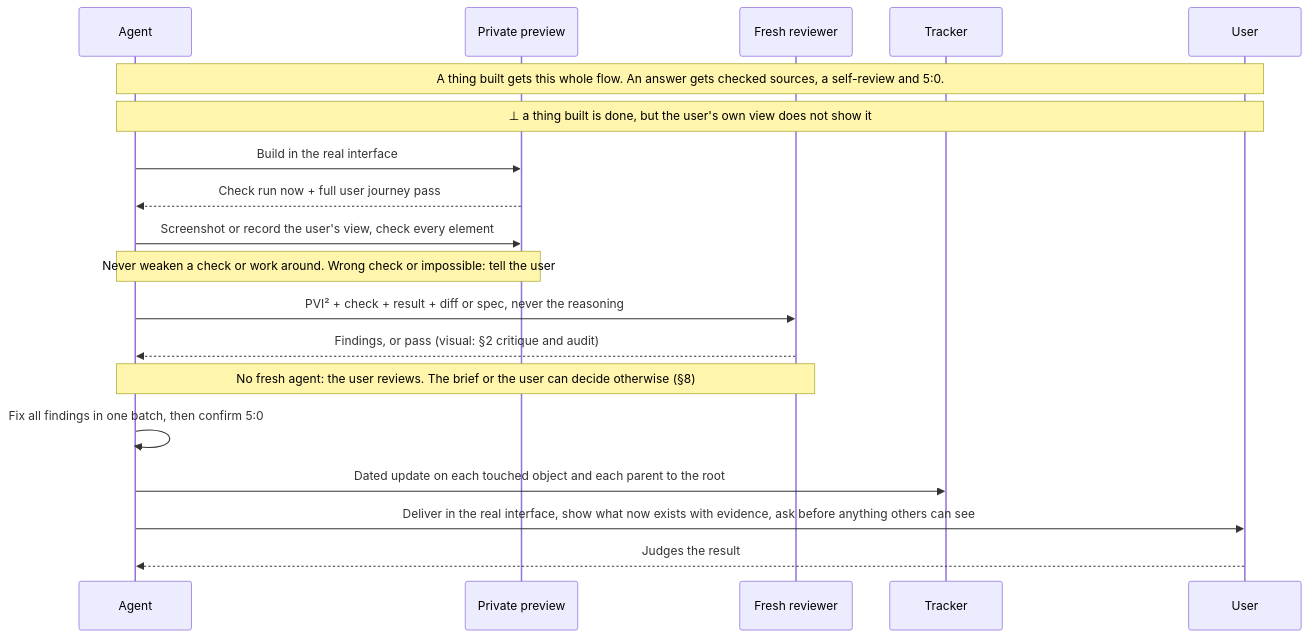
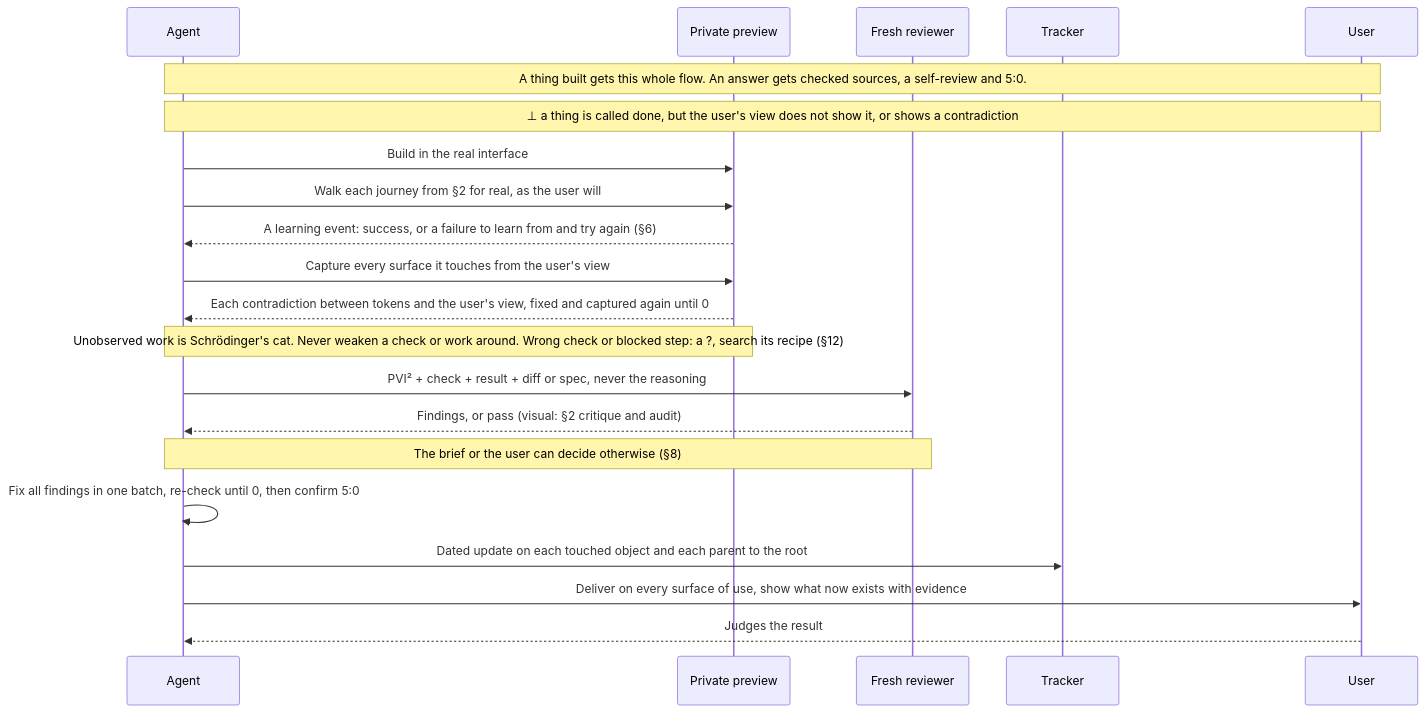
One commit to SolenixAI/arbiter changed diagram 11 of 14 in AGENTS.md. Above: the diagram before and after it, drawn with Mermaid. The commit also changed other lines of this file and 2 other files, not shown here.

First line of the commit message:
feat(agents): agents never stop at 99%: one correct way, real journeys, observed in the user's view (#49)

````diff
--- a/AGENTS.md
+++ b/AGENTS.md
@@ -507,21 +526,23 @@
 ```mermaid
 sequenceDiagram
   participant A as Agent
   participant P as Private preview
   participant R as Fresh reviewer
   participant T as Tracker
   participant U as User
   Note over A,U: A thing built gets this whole flow. An answer gets checked sources, a self-review and 5:0.
-  Note over A,U: ⊥ a thing built is done, but the user's own view does not show it
+  Note over A,U: ⊥ a thing is called done, but the user's view does not show it, or shows a contradiction
   A->>P: Build in the real interface
-  P-->>A: Check run now + full user journey pass
-  A->>P: Screenshot or record the user's view, check every element
-  Note over A,P: Never weaken a check or work around. Wrong check or impossible: tell the user
+  A->>P: Walk each journey from §2 for real, as the user will
+  P-->>A: A learning event: success, or a failure to learn from and try again (§6)
+  A->>P: Capture every surface it touches from the user's view
+  P-->>A: Each contradiction between tokens and the user's view, fixed and captured again until 0
+  Note over A,P: Unobserved work is Schrödinger's cat. Never weaken a check or work around. Wrong check or blocked step: a ?, search its recipe (§12)
   A->>R: PVI² + check + result + diff or spec, never the reasoning
   R-->>A: Findings, or pass (visual: §2 critique and audit)
-  Note over A,R: No fresh agent: the user reviews. The brief or the user can decide otherwise (§8)
-  A->>A: Fix all findings in one batch, then confirm 5:0
+  Note over A,R: The brief or the user can decide otherwise (§8)
+  A->>A: Fix all findings in one batch, re-check until 0, then confirm 5:0
   A->>T: Dated update on each touched object and each parent to the root
-  A->>U: Deliver in the real interface, show what now exists with evidence, ask before anything others can see
+  A->>U: Deliver on every surface of use, show what now exists with evidence
   U-->>A: Judges the result
 ```
````
